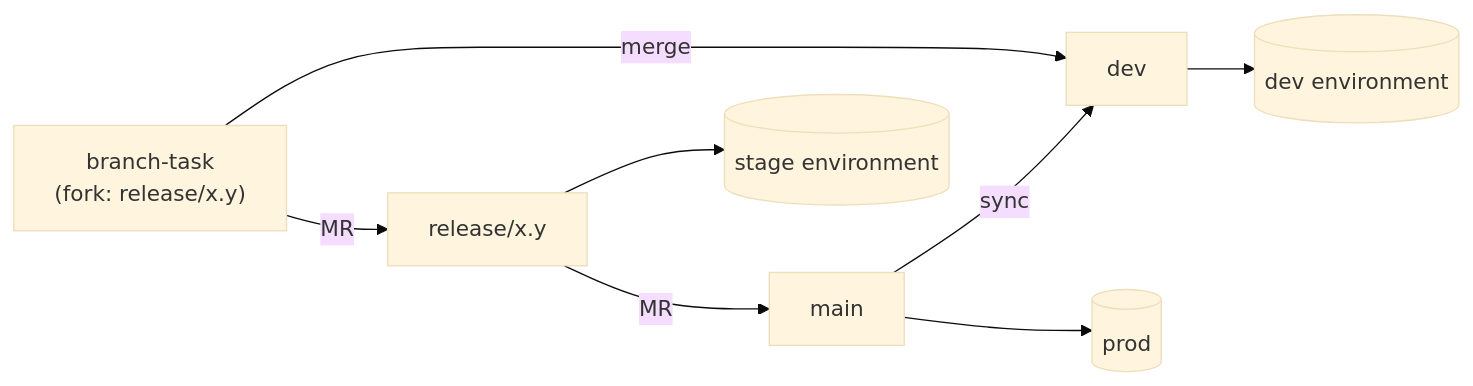
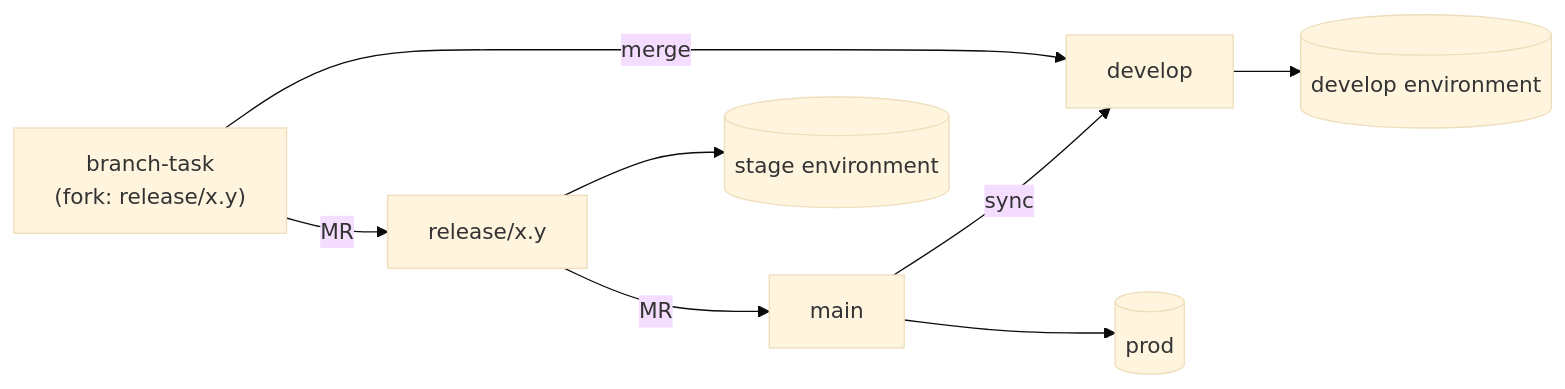
Before and after one commit to rosinfotech/standards: the diagram in standards/git-flow-standard/rule-2610082130.md, drawn with Mermaid (base theme). The commit also changed other lines of this file and 48 other files, not shown here.

Commit message:
0.6.0: Changed: The Git Flow Standard renamed to self-describing variant names

````diff
--- a/standards/git-flow-standard/rule-2610082130.md
+++ b/standards/git-flow-standard/rule-2610082130.md
@@ -57,10 +57,10 @@
   ```mermaid
   flowchart LR
-      T["branch-task<br>(fork: release/x.y)"] -->|"merge"| D["dev"]
+      T["branch-task<br>(fork: release/x.y)"] -->|"merge"| D["develop"]
       T -->|"MR"| R["release/x.y"]
       R -->|"MR"| M["main"]
       M -->|"sync"| D
-      D --> DE[("dev environment")]
+      D --> DE[("develop environment")]
       R --> SE[("stage environment")]
       M --> PE[("prod")]
   ```
````
